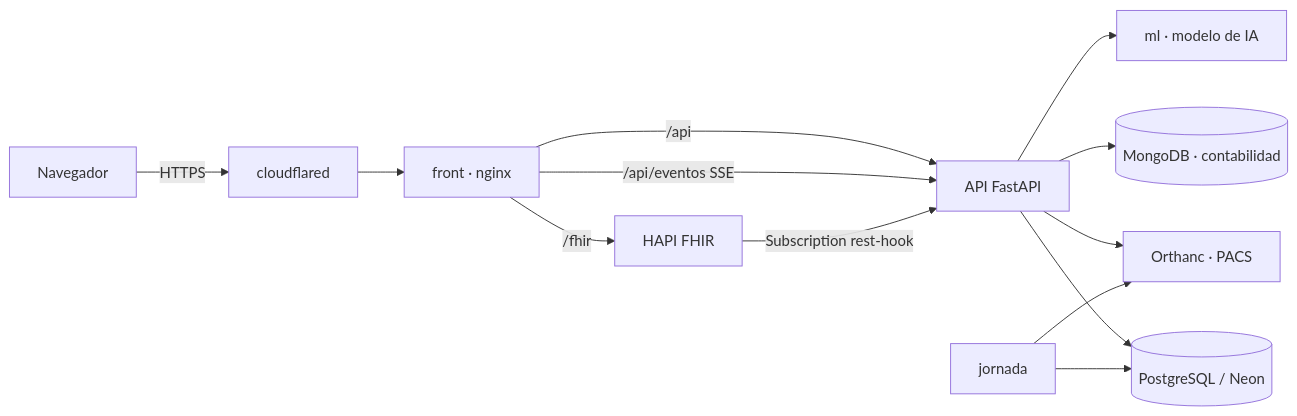
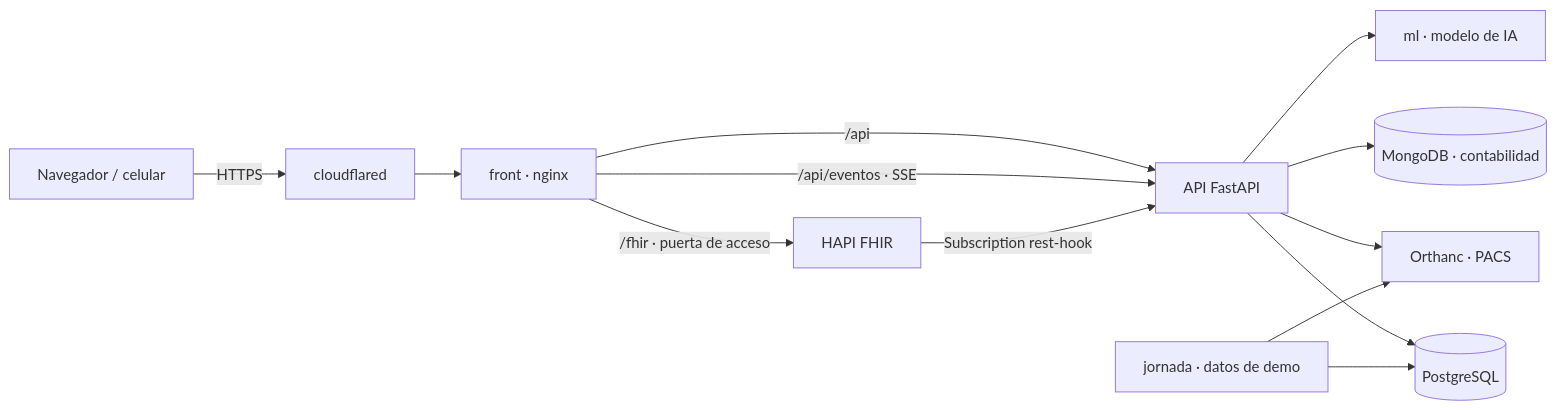
One commit to ShadowBlack33/Salud-digital-hsr changed the first of 2 diagrams in README.md. Above: the diagram before and after it, drawn with Mermaid. The commit also changed other lines of this file, not shown here.

````diff
--- a/README.md
+++ b/README.md
@@ -221,15 +51,15 @@
 ```mermaid
 flowchart LR
-  U[Navegador] -->|HTTPS| CF[cloudflared]
+  U[Navegador / celular] -->|HTTPS| CF[cloudflared]
   CF --> NG[front · nginx]
   NG -->|/api| API[API FastAPI]
-  NG -->|/api/eventos SSE| API
-  NG -->|/fhir| FHIR[HAPI FHIR]
-  API --> PG[(PostgreSQL / Neon)]
+  NG -->|/api/eventos · SSE| API
+  NG -->|/fhir · puerta de acceso| FHIR[HAPI FHIR]
+  API --> PG[(PostgreSQL)]
   API --> MG[(MongoDB · contabilidad)]
   API --> OR[Orthanc · PACS]
   API --> ML[ml · modelo de IA]
   FHIR -->|Subscription rest-hook| API
-  JR[jornada] --> PG
+  JR[jornada · datos de demo] --> PG
   JR --> OR
 ```
````
